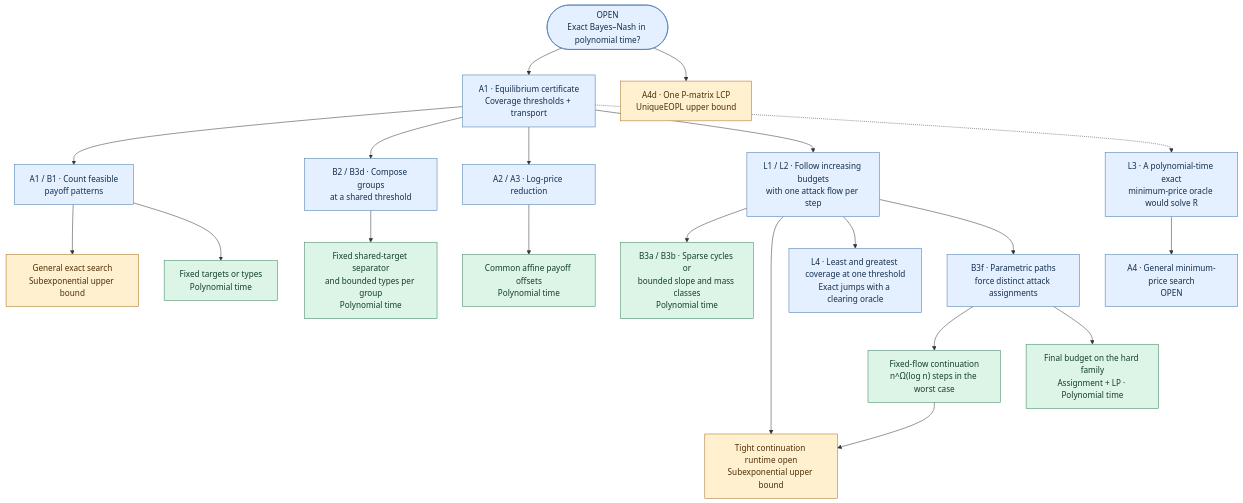
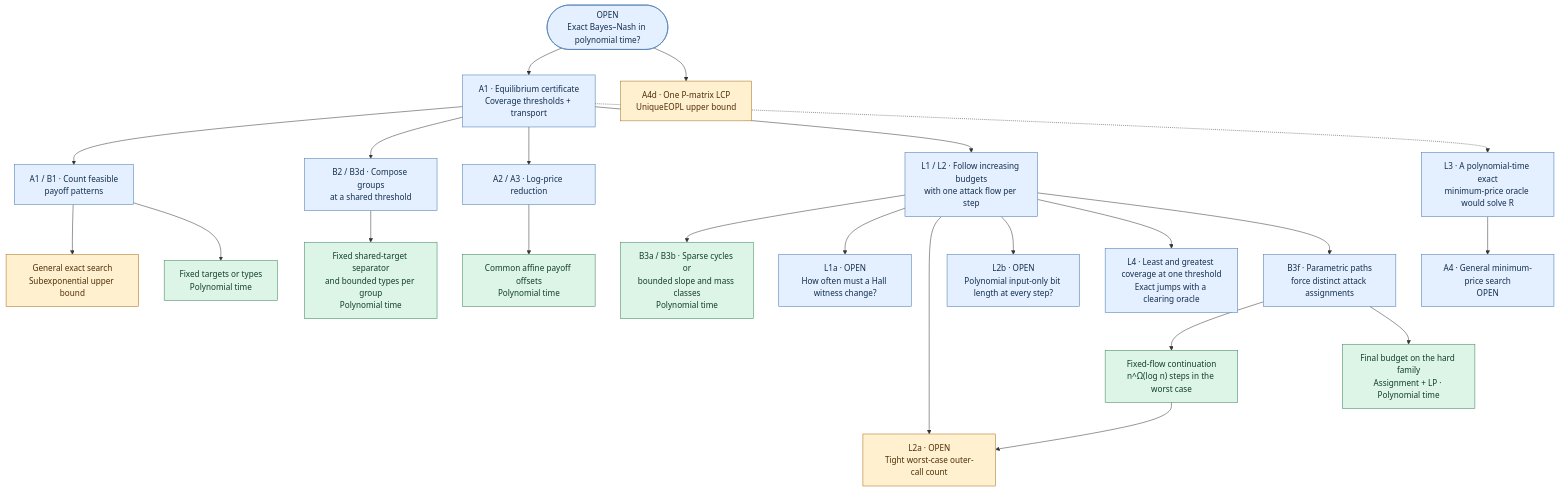
Before and after one commit to robbiemu/bayesian-simple-security-games: the first of 2 diagrams in PROOF-MAP.md, drawn with Mermaid. The commit also changed other lines of this file and 20 other files, not shown here.

Commit message:
Surface the open L1 and L2 continuation questions and their discussions

````diff
--- a/PROOF-MAP.md
+++ b/PROOF-MAP.md
@@ -9,36 +9,38 @@
 ```mermaid
 flowchart TB
     R(["OPEN<br/>Exact Bayes–Nash in polynomial time?"])
     A["A1 · Equilibrium certificate<br/>Coverage thresholds + transport"]
 
     R --> A
     R --> PL["A4d · One P-matrix LCP<br/>UniqueEOPL upper bound"]
     A --> P["A1 / B1 · Count feasible<br/>payoff patterns"]
     P --> U["General exact search<br/>Subexponential upper bound"]
     P --> F["Fixed targets or types<br/>Polynomial time"]
 
     A --> S["B2 / B3d · Compose groups<br/>at a shared threshold"]
     S --> SP["Fixed shared-target separator<br/>and bounded types per group<br/>Polynomial time"]
     A --> L["A2 / A3 · Log-price reduction"]
     L --> LP["Common affine payoff offsets<br/>Polynomial time"]
 
     A --> C["L1 / L2 · Follow increasing budgets<br/>with one attack flow per step"]
     C --> CP["B3a / B3b · Sparse cycles or<br/>bounded slope and mass classes<br/>Polynomial time"]
-    C --> W["Tight continuation runtime open<br/>Subexponential upper bound"]
+    C --> HW["L1a · OPEN<br/>How often must a Hall witness change?"]
+    C --> W["L2a · OPEN<br/>Tight worst-case outer-call count"]
+    C --> BL["L2b · OPEN<br/>Polynomial input-only bit length at every step?"]
     C --> J["L4 · Least and greatest coverage at one threshold<br/>Exact jumps with a clearing oracle"]
     C --> B["B3f · Parametric paths<br/>force distinct attack assignments"]
     B --> N["Fixed-flow continuation<br/>n^Ω(log n) steps in the worst case"]
     N --> W
     B --> E["Final budget on the hard family<br/>Assignment + LP · Polynomial time"]
 
     A -.-> O["L3 · A polynomial-time exact<br/>minimum-price oracle would solve R"]
     O --> AS["A4 · General minimum-price search<br/>OPEN"]
 
     classDef proof fill:#e4efff,stroke:#4275ad,color:#142f4e
     classDef settled fill:#dcf5e7,stroke:#38805c,color:#143e2a
     classDef cap fill:#fff0cf,stroke:#a86c18,color:#502e07
 
-    class R,A,P,S,L,C,J,B,O,AS proof
+    class R,A,P,S,L,C,J,B,O,AS,HW,BL proof
     class F,SP,LP,CP,N,E settled
     class U,W,PL cap
 ```
````
